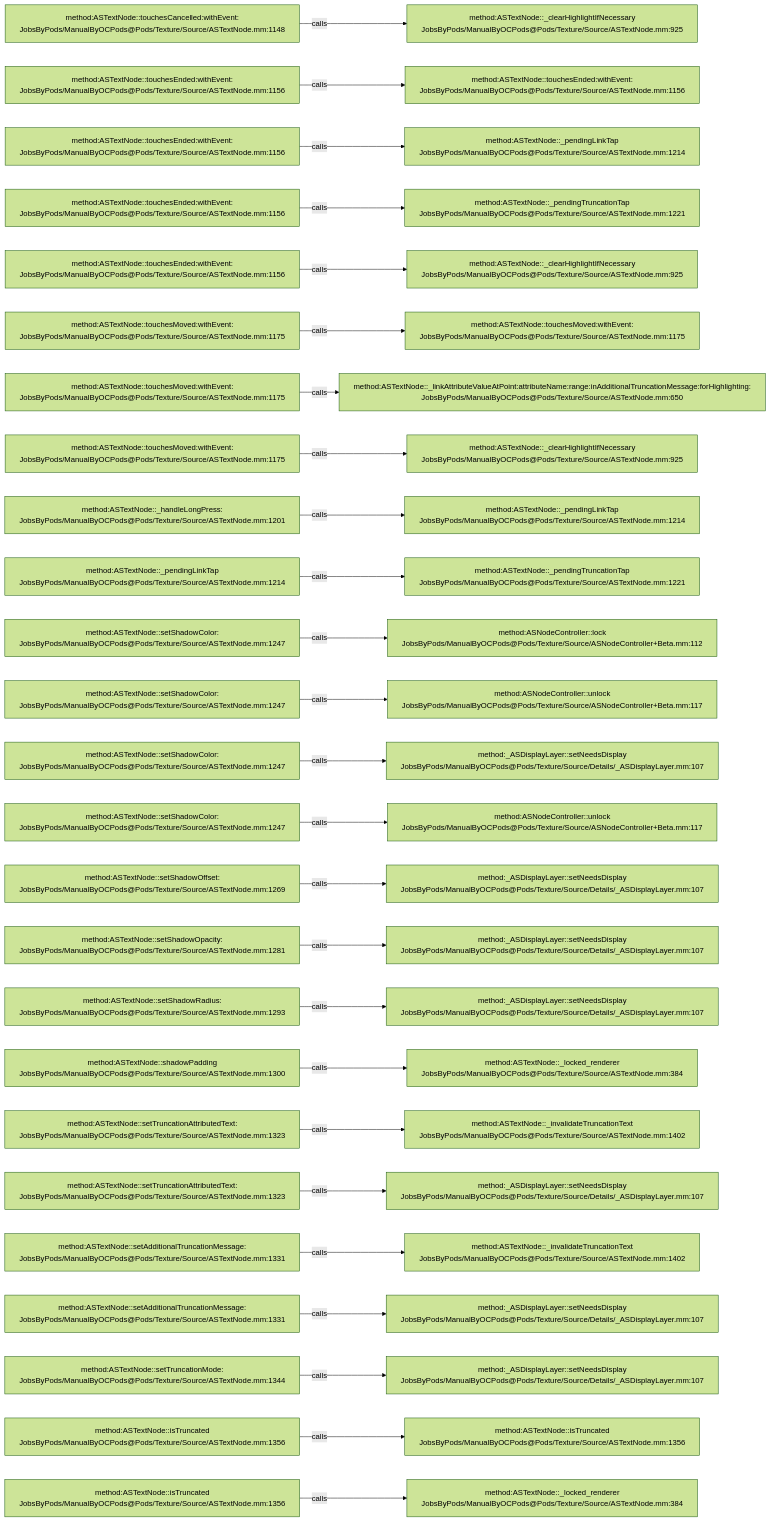
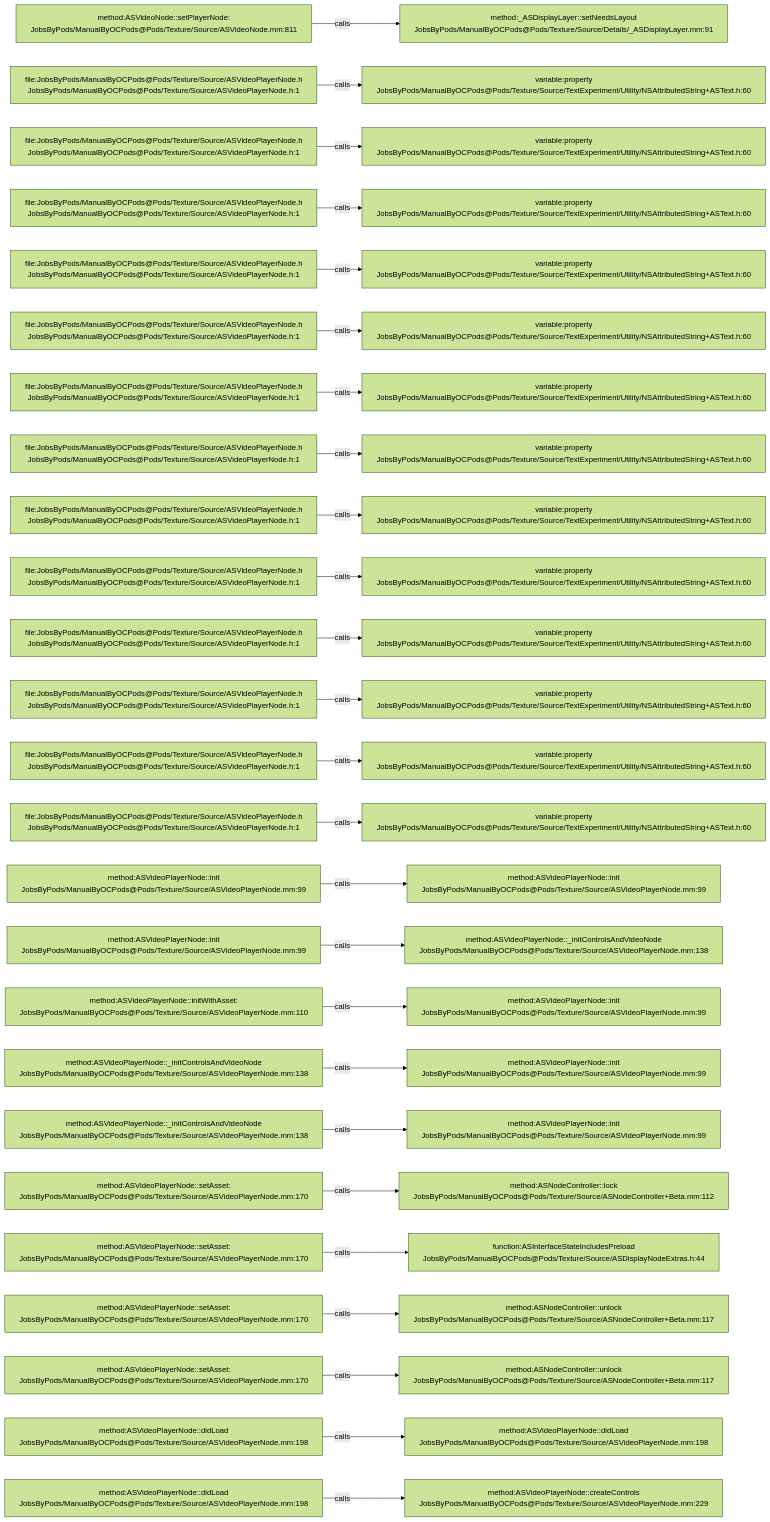
One commit to JobsKits/JobsOCBaseConfigDemo changed the diagram in .codegraph/codegraph.md/graphs/calls-129.md. Above: the diagram before and after it, drawn with Mermaid (forest theme). The commit also changed 2723 other files, not shown here.

````diff
--- a/.codegraph/codegraph.md/graphs/calls-129.md
+++ b/.codegraph/codegraph.md/graphs/calls-129.md
@@ -13,78 +13,78 @@
 ```mermaid
 flowchart LR
-  S1["method:ASTextNode::touchesCancelled:withEvent:<br/>JobsByPods/ManualByOCPods@Pods/Texture/Source/ASTextNode.mm:1148"]
-  T1["method:ASTextNode::_clearHighlightIfNecessary<br/>JobsByPods/ManualByOCPods@Pods/Texture/Source/ASTextNode.mm:925"]
+  S1["method:ASVideoNode::setPlayerNode:<br/>JobsByPods/ManualByOCPods@Pods/Texture/Source/ASVideoNode.mm:811"]
+  T1["method:_ASDisplayLayer::setNeedsLayout<br/>JobsByPods/ManualByOCPods@Pods/Texture/Source/Details/_ASDisplayLayer.mm:91"]
   S1 -->|calls| T1
-  S2["method:ASTextNode::touchesEnded:withEvent:<br/>JobsByPods/ManualByOCPods@Pods/Texture/Source/ASTextNode.mm:1156"]
-  T2["method:ASTextNode::touchesEnded:withEvent:<br/>JobsByPods/ManualByOCPods@Pods/Texture/Source/ASTextNode.mm:1156"]
+  S2["file:JobsByPods/ManualByOCPods@Pods/Texture/Source/ASVideoPlayerNode.h<br/>JobsByPods/ManualByOCPods@Pods/Texture/Source/ASVideoPlayerNode.h:1"]
+  T2["variable:property<br/>JobsByPods/ManualByOCPods@Pods/Texture/Source/TextExperiment/Utility/NSAttributedString+ASText.h:60"]
   S2 -->|calls| T2
-  S3["method:ASTextNode::touchesEnded:withEvent:<br/>JobsByPods/ManualByOCPods@Pods/Texture/Source/ASTextNode.mm:1156"]
-  T3["method:ASTextNode::_pendingLinkTap<br/>JobsByPods/ManualByOCPods@Pods/Texture/Source/ASTextNode.mm:1214"]
+  S3["file:JobsByPods/ManualByOCPods@Pods/Texture/Source/ASVideoPlayerNode.h<br/>JobsByPods/ManualByOCPods@Pods/Texture/Source/ASVideoPlayerNode.h:1"]
+  T3["variable:property<br/>JobsByPods/ManualByOCPods@Pods/Texture/Source/TextExperiment/Utility/NSAttributedString+ASText.h:60"]
   S3 -->|calls| T3
-  S4["method:ASTextNode::touchesEnded:withEvent:<br/>JobsByPods/ManualByOCPods@Pods/Texture/Source/ASTextNode.mm:1156"]
-  T4["method:ASTextNode::_pendingTruncationTap<br/>JobsByPods/ManualByOCPods@Pods/Texture/Source/ASTextNode.mm:1221"]
+  S4["file:JobsByPods/ManualByOCPods@Pods/Texture/Source/ASVideoPlayerNode.h<br/>JobsByPods/ManualByOCPods@Pods/Texture/Source/ASVideoPlayerNode.h:1"]
+  T4["variable:property<br/>JobsByPods/ManualByOCPods@Pods/Texture/Source/TextExperiment/Utility/NSAttributedString+ASText.h:60"]
   S4 -->|calls| T4
-  S5["method:ASTextNode::touchesEnded:withEvent:<br/>JobsByPods/ManualByOCPods@Pods/Texture/Source/ASTextNode.mm:1156"]
-  T5["method:ASTextNode::_clearHighlightIfNecessary<br/>JobsByPods/ManualByOCPods@Pods/Texture/Source/ASTextNode.mm:925"]
+  S5["file:JobsByPods/ManualByOCPods@Pods/Texture/Source/ASVideoPlayerNode.h<br/>JobsByPods/ManualByOCPods@Pods/Texture/Source/ASVideoPlayerNode.h:1"]
+  T5["variable:property<br/>JobsByPods/ManualByOCPods@Pods/Texture/Source/TextExperiment/Utility/NSAttributedString+ASText.h:60"]
   S5 -->|calls| T5
-  S6["method:ASTextNode::touchesMoved:withEvent:<br/>JobsByPods/ManualByOCPods@Pods/Texture/Source/ASTextNode.mm:1175"]
-  T6["method:ASTextNode::touchesMoved:withEvent:<br/>JobsByPods/ManualByOCPods@Pods/Texture/Source/ASTextNode.mm:1175"]
+  S6["file:JobsByPods/ManualByOCPods@Pods/Texture/Source/ASVideoPlayerNode.h<br/>JobsByPods/ManualByOCPods@Pods/Texture/Source/ASVideoPlayerNode.h:1"]
+  T6["variable:property<br/>JobsByPods/ManualByOCPods@Pods/Texture/Source/TextExperiment/Utility/NSAttributedString+ASText.h:60"]
   S6 -->|calls| T6
-  S7["method:ASTextNode::touchesMoved:withEvent:<br/>JobsByPods/ManualByOCPods@Pods/Texture/Source/ASTextNode.mm:1175"]
-  T7["method:ASTextNode::_linkAttributeValueAtPoint:attributeName:range:inAdditionalTruncationMessage:forHighlighting:<br/>JobsByPods/ManualByOCPods@Pods/Texture/Source/ASTextNode.mm:650"]
+  S7["file:JobsByPods/ManualByOCPods@Pods/Texture/Source/ASVideoPlayerNode.h<br/>JobsByPods/ManualByOCPods@Pods/Texture/Source/ASVideoPlayerNode.h:1"]
+  T7["variable:property<br/>JobsByPods/ManualByOCPods@Pods/Texture/Source/TextExperiment/Utility/NSAttributedString+ASText.h:60"]
   S7 -->|calls| T7
-  S8["method:ASTextNode::touchesMoved:withEvent:<br/>JobsByPods/ManualByOCPods@Pods/Texture/Source/ASTextNode.mm:1175"]
-  T8["method:ASTextNode::_clearHighlightIfNecessary<br/>JobsByPods/ManualByOCPods@Pods/Texture/Source/ASTextNode.mm:925"]
+  S8["file:JobsByPods/ManualByOCPods@Pods/Texture/Source/ASVideoPlayerNode.h<br/>JobsByPods/ManualByOCPods@Pods/Texture/Source/ASVideoPlayerNode.h:1"]
+  T8["variable:property<br/>JobsByPods/ManualByOCPods@Pods/Texture/Source/TextExperiment/Utility/NSAttributedString+ASText.h:60"]
   S8 -->|calls| T8
-  S9["method:ASTextNode::_handleLongPress:<br/>JobsByPods/ManualByOCPods@Pods/Texture/Source/ASTextNode.mm:1201"]
-  T9["method:ASTextNode::_pendingLinkTap<br/>JobsByPods/ManualByOCPods@Pods/Texture/Source/ASTextNode.mm:1214"]
+  S9["file:JobsByPods/ManualByOCPods@Pods/Texture/Source/ASVideoPlayerNode.h<br/>JobsByPods/ManualByOCPods@Pods/Texture/Source/ASVideoPlayerNode.h:1"]
+  T9["variable:property<br/>JobsByPods/ManualByOCPods@Pods/Texture/Source/TextExperiment/Utility/NSAttributedString+ASText.h:60"]
   S9 -->|calls| T9
-  S10["method:ASTextNode::_pendingLinkTap<br/>JobsByPods/ManualByOCPods@Pods/Texture/Source/ASTextNode.mm:1214"]
-  T10["method:ASTextNode::_pendingTruncationTap<br/>JobsByPods/ManualByOCPods@Pods/Texture/Source/ASTextNode.mm:1221"]
+  S10["file:JobsByPods/ManualByOCPods@Pods/Texture/Source/ASVideoPlayerNode.h<br/>JobsByPods/ManualByOCPods@Pods/Texture/Source/ASVideoPlayerNode.h:1"]
+  T10["variable:property<br/>JobsByPods/ManualByOCPods@Pods/Texture/Source/TextExperiment/Utility/NSAttributedString+ASText.h:60"]
   S10 -->|calls| T10
-  S11["method:ASTextNode::setShadowColor:<br/>JobsByPods/ManualByOCPods@Pods/Texture/Source/ASTextNode.mm:1247"]
-  T11["method:ASNodeController::lock<br/>JobsByPods/ManualByOCPods@Pods/Texture/Source/ASNodeController+Beta.mm:112"]
+  S11["file:JobsByPods/ManualByOCPods@Pods/Texture/Source/ASVideoPlayerNode.h<br/>JobsByPods/ManualByOCPods@Pods/Texture/Source/ASVideoPlayerNode.h:1"]
+  T11["variable:property<br/>JobsByPods/ManualByOCPods@Pods/Texture/Source/TextExperiment/Utility/NSAttributedString+ASText.h:60"]
   S11 -->|calls| T11
-  S12["method:ASTextNode::setShadowColor:<br/>JobsByPods/ManualByOCPods@Pods/Texture/Source/ASTextNode.mm:1247"]
-  T12["method:ASNodeController::unlock<br/>JobsByPods/ManualByOCPods@Pods/Texture/Source/ASNodeController+Beta.mm:117"]
+  S12["file:JobsByPods/ManualByOCPods@Pods/Texture/Source/ASVideoPlayerNode.h<br/>JobsByPods/ManualByOCPods@Pods/Texture/Source/ASVideoPlayerNode.h:1"]
+  T12["variable:property<br/>JobsByPods/ManualByOCPods@Pods/Texture/Source/TextExperiment/Utility/NSAttributedString+ASText.h:60"]
   S12 -->|calls| T12
-  S13["method:ASTextNode::setShadowColor:<br/>JobsByPods/ManualByOCPods@Pods/Texture/Source/ASTextNode.mm:1247"]
-  T13["method:_ASDisplayLayer::setNeedsDisplay<br/>JobsByPods/ManualByOCPods@Pods/Texture/Source/Details/_ASDisplayLayer.mm:107"]
+  S13["file:JobsByPods/ManualByOCPods@Pods/Texture/Source/ASVideoPlayerNode.h<br/>JobsByPods/ManualByOCPods@Pods/Texture/Source/ASVideoPlayerNode.h:1"]
+  T13["variable:property<br/>JobsByPods/ManualByOCPods@Pods/Texture/Source/TextExperiment/Utility/NSAttributedString+ASText.h:60"]
   S13 -->|calls| T13
-  S14["method:ASTextNode::setShadowColor:<br/>JobsByPods/ManualByOCPods@Pods/Texture/Source/ASTextNode.mm:1247"]
-  T14["method:ASNodeController::unlock<br/>JobsByPods/ManualByOCPods@Pods/Texture/Source/ASNodeController+Beta.mm:117"]
+  S14["file:JobsByPods/ManualByOCPods@Pods/Texture/Source/ASVideoPlayerNode.h<br/>JobsByPods/ManualByOCPods@Pods/Texture/Source/ASVideoPlayerNode.h:1"]
+  T14["variable:property<br/>JobsByPods/ManualByOCPods@Pods/Texture/Source/TextExperiment/Utility/NSAttributedString+ASText.h:60"]
   S14 -->|calls| T14
-  S15["method:ASTextNode::setShadowOffset:<br/>JobsByPods/ManualByOCPods@Pods/Texture/Source/ASTextNode.mm:1269"]
-  T15["method:_ASDisplayLayer::setNeedsDisplay<br/>JobsByPods/ManualByOCPods@Pods/Texture/Source/Details/_ASDisplayLayer.mm:107"]
+  S15["method:ASVideoPlayerNode::init<br/>JobsByPods/ManualByOCPods@Pods/Texture/Source/ASVideoPlayerNode.mm:99"]
+  T15["method:ASVideoPlayerNode::init<br/>JobsByPods/ManualByOCPods@Pods/Texture/Source/ASVideoPlayerNode.mm:99"]
   S15 -->|calls| T15
-  S16["method:ASTextNode::setShadowOpacity:<br/>JobsByPods/ManualByOCPods@Pods/Texture/Source/ASTextNode.mm:1281"]
-  T16["method:_ASDisplayLayer::setNeedsDisplay<br/>JobsByPods/ManualByOCPods@Pods/Texture/Source/Details/_ASDisplayLayer.mm:107"]
+  S16["method:ASVideoPlayerNode::init<br/>JobsByPods/ManualByOCPods@Pods/Texture/Source/ASVideoPlayerNode.mm:99"]
+  T16["method:ASVideoPlayerNode::_initControlsAndVideoNode<br/>JobsByPods/ManualByOCPods@Pods/Texture/Source/ASVideoPlayerNode.mm:138"]
   S16 -->|calls| T16
-  S17["method:ASTextNode::setShadowRadius:<br/>JobsByPods/ManualByOCPods@Pods/Texture/Source/ASTextNode.mm:1293"]
-  T17["method:_ASDisplayLayer::setNeedsDisplay<br/>JobsByPods/ManualByOCPods@Pods/Texture/Source/Details/_ASDisplayLayer.mm:107"]
+  S17["method:ASVideoPlayerNode::initWithAsset:<br/>JobsByPods/ManualByOCPods@Pods/Texture/Source/ASVideoPlayerNode.mm:110"]
+  T17["method:ASVideoPlayerNode::init<br/>JobsByPods/ManualByOCPods@Pods/Texture/Source/ASVideoPlayerNode.mm:99"]
   S17 -->|calls| T17
-  S18["method:ASTextNode::shadowPadding<br/>JobsByPods/ManualByOCPods@Pods/Texture/Source/ASTextNode.mm:1300"]
-  T18["method:ASTextNode::_locked_renderer<br/>JobsByPods/ManualByOCPods@Pods/Texture/Source/ASTextNode.mm:384"]
+  S18["method:ASVideoPlayerNode::_initControlsAndVideoNode<br/>JobsByPods/ManualByOCPods@Pods/Texture/Source/ASVideoPlayerNode.mm:138"]
+  T18["method:ASVideoPlayerNode::init<br/>JobsByPods/ManualByOCPods@Pods/Texture/Source/ASVideoPlayerNode.mm:99"]
   S18 -->|calls| T18
-  S19["method:ASTextNode::setTruncationAttributedText:<br/>JobsByPods/ManualByOCPods@Pods/Texture/Source/ASTextNode.mm:1323"]
-  T19["method:ASTextNode::_invalidateTruncationText<br/>JobsByPods/ManualByOCPods@Pods/Texture/Source/ASTextNode.mm:1402"]
+  S19["method:ASVideoPlayerNode::_initControlsAndVideoNode<br/>JobsByPods/ManualByOCPods@Pods/Texture/Source/ASVideoPlayerNode.mm:138"]
+  T19["method:ASVideoPlayerNode::init<br/>JobsByPods/ManualByOCPods@Pods/Texture/Source/ASVideoPlayerNode.mm:99"]
   S19 -->|calls| T19
-  S20["method:ASTextNode::setTruncationAttributedText:<br/>JobsByPods/ManualByOCPods@Pods/Texture/Source/ASTextNode.mm:1323"]
-  T20["method:_ASDisplayLayer::setNeedsDisplay<br/>JobsByPods/ManualByOCPods@Pods/Texture/Source/Details/_ASDisplayLayer.mm:107"]
+  S20["method:ASVideoPlayerNode::setAsset:<br/>JobsByPods/ManualByOCPods@Pods/Texture/Source/ASVideoPlayerNode.mm:170"]
+  T20["method:ASNodeController::lock<br/>JobsByPods/ManualByOCPods@Pods/Texture/Source/ASNodeController+Beta.mm:112"]
   S20 -->|calls| T20
-  S21["method:ASTextNode::setAdditionalTruncationMessage:<br/>JobsByPods/ManualByOCPods@Pods/Texture/Source/ASTextNode.mm:1331"]
-  T21["method:ASTextNode::_invalidateTruncationText<br/>JobsByPods/ManualByOCPods@Pods/Texture/Source/ASTextNode.mm:1402"]
+  S21["method:ASVideoPlayerNode::setAsset:<br/>JobsByPods/ManualByOCPods@Pods/Texture/Source/ASVideoPlayerNode.mm:170"]
+  T21["function:ASInterfaceStateIncludesPreload<br/>JobsByPods/ManualByOCPods@Pods/Texture/Source/ASDisplayNodeExtras.h:44"]
   S21 -->|calls| T21
-  S22["method:ASTextNode::setAdditionalTruncationMessage:<br/>JobsByPods/ManualByOCPods@Pods/Texture/Source/ASTextNode.mm:1331"]
-  T22["method:_ASDisplayLayer::setNeedsDisplay<br/>JobsByPods/ManualByOCPods@Pods/Texture/Source/Details/_ASDisplayLayer.mm:107"]
+  S22["method:ASVideoPlayerNode::setAsset:<br/>JobsByPods/ManualByOCPods@Pods/Texture/Source/ASVideoPlayerNode.mm:170"]
+  T22["method:ASNodeController::unlock<br/>JobsByPods/ManualByOCPods@Pods/Texture/Source/ASNodeController+Beta.mm:117"]
   S22 -->|calls| T22
-  S23["method:ASTextNode::setTruncationMode:<br/>JobsByPods/ManualByOCPods@Pods/Texture/Source/ASTextNode.mm:1344"]
-  T23["method:_ASDisplayLayer::setNeedsDisplay<br/>JobsByPods/ManualByOCPods@Pods/Texture/Source/Details/_ASDisplayLayer.mm:107"]
+  S23["method:ASVideoPlayerNode::setAsset:<br/>JobsByPods/ManualByOCPods@Pods/Texture/Source/ASVideoPlayerNode.mm:170"]
+  T23["method:ASNodeController::unlock<br/>JobsByPods/ManualByOCPods@Pods/Texture/Source/ASNodeController+Beta.mm:117"]
   S23 -->|calls| T23
-  S24["method:ASTextNode::isTruncated<br/>JobsByPods/ManualByOCPods@Pods/Texture/Source/ASTextNode.mm:1356"]
-  T24["method:ASTextNode::isTruncated<br/>JobsByPods/ManualByOCPods@Pods/Texture/Source/ASTextNode.mm:1356"]
+  S24["method:ASVideoPlayerNode::didLoad<br/>JobsByPods/ManualByOCPods@Pods/Texture/Source/ASVideoPlayerNode.mm:198"]
+  T24["method:ASVideoPlayerNode::didLoad<br/>JobsByPods/ManualByOCPods@Pods/Texture/Source/ASVideoPlayerNode.mm:198"]
   S24 -->|calls| T24
-  S25["method:ASTextNode::isTruncated<br/>JobsByPods/ManualByOCPods@Pods/Texture/Source/ASTextNode.mm:1356"]
-  T25["method:ASTextNode::_locked_renderer<br/>JobsByPods/ManualByOCPods@Pods/Texture/Source/ASTextNode.mm:384"]
+  S25["method:ASVideoPlayerNode::didLoad<br/>JobsByPods/ManualByOCPods@Pods/Texture/Source/ASVideoPlayerNode.mm:198"]
+  T25["method:ASVideoPlayerNode::createControls<br/>JobsByPods/ManualByOCPods@Pods/Texture/Source/ASVideoPlayerNode.mm:229"]
   S25 -->|calls| T25
 ```
````
